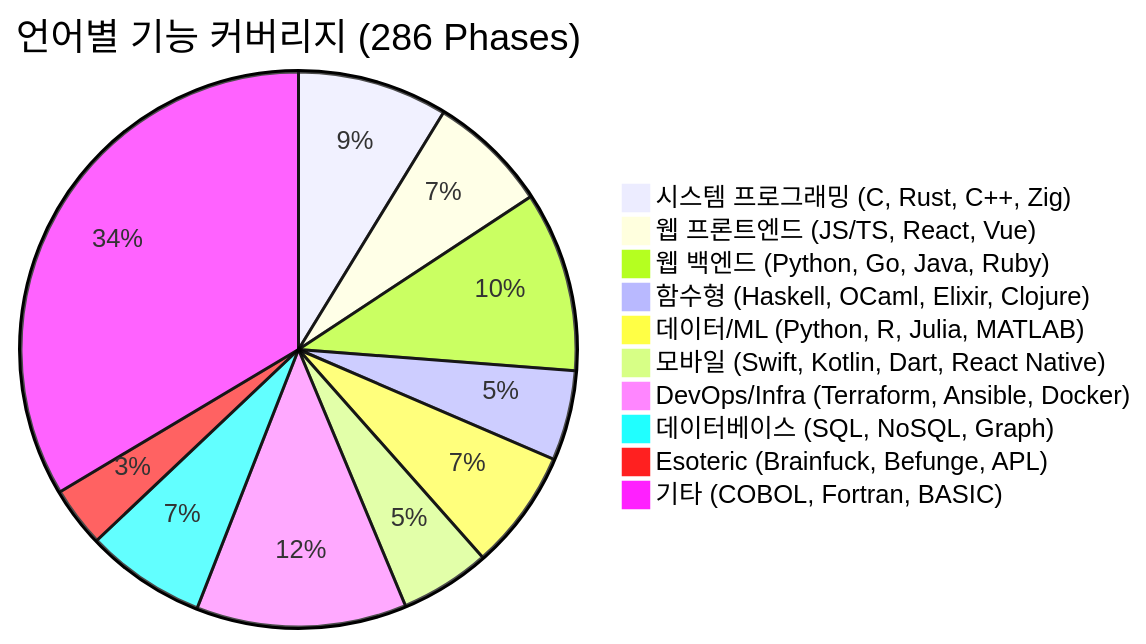
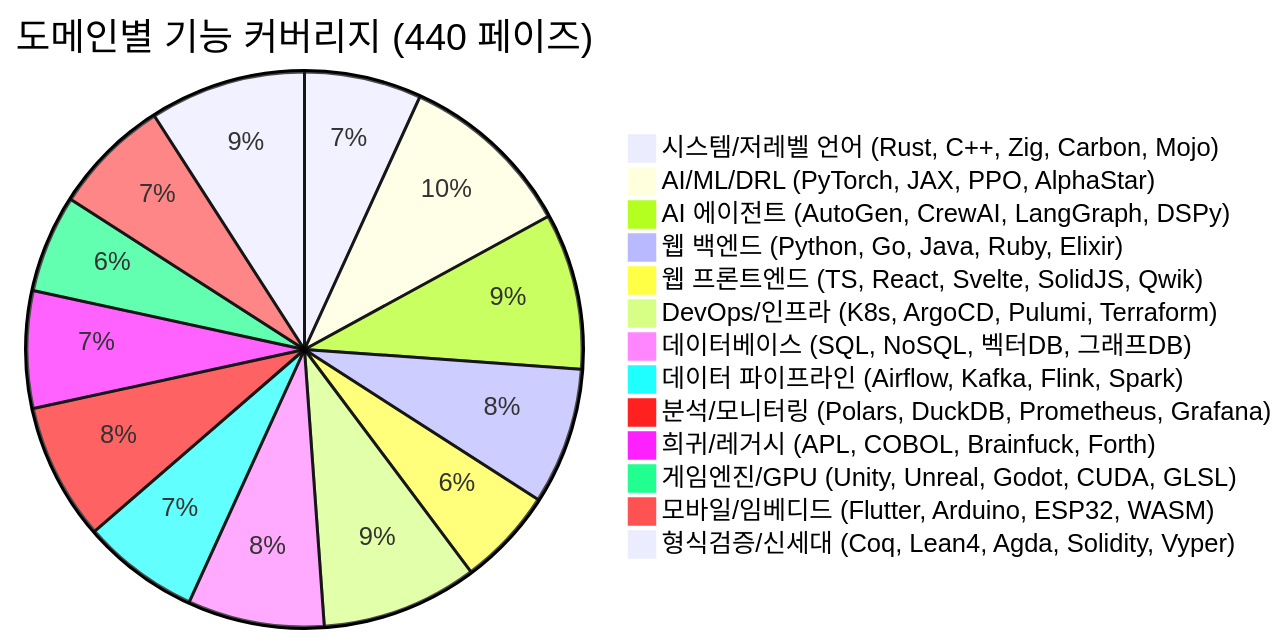
Diagram 28 of 33 in README.md (sun475300-sudo/Swarm-control-in-sc2bot), drawn with Mermaid before and after one commit. The commit also changed other lines of this file, not shown here.

First line of the commit message:
docs: README 정밀 재구성 — 통계 전면 재작성, 중복 제거, 440 페이즈 반영

````diff
--- a/README.md
+++ b/README.md
@@ -1336,13 +1321,16 @@
 ```mermaid
-pie title 언어별 기능 커버리지 (286 Phases)
-    "시스템 프로그래밍 (C, Rust, C++, Zig)" : 25
-    "웹 프론트엔드 (JS/TS, React, Vue)" : 20
-    "웹 백엔드 (Python, Go, Java, Ruby)" : 30
-    "함수형 (Haskell, OCaml, Elixir, Clojure)" : 15
-    "데이터/ML (Python, R, Julia, MATLAB)" : 20
-    "모바일 (Swift, Kotlin, Dart, React Native)" : 15
-    "DevOps/Infra (Terraform, Ansible, Docker)" : 35
-    "데이터베이스 (SQL, NoSQL, Graph)" : 20
-    "Esoteric (Brainfuck, Befunge, APL)" : 10
-    "기타 (COBOL, Fortran, BASIC)" : 96
+pie title 도메인별 기능 커버리지 (440 페이즈)
+    "시스템/저레벨 언어 (Rust, C++, Zig, Carbon, Mojo)" : 30
+    "AI/ML/DRL (PyTorch, JAX, PPO, AlphaStar)" : 45
+    "AI 에이전트 (AutoGen, CrewAI, LangGraph, DSPy)" : 40
+    "웹 백엔드 (Python, Go, Java, Ruby, Elixir)" : 35
+    "웹 프론트엔드 (TS, React, Svelte, SolidJS, Qwik)" : 25
+    "DevOps/인프라 (K8s, ArgoCD, Pulumi, Terraform)" : 40
+    "데이터베이스 (SQL, NoSQL, 벡터DB, 그래프DB)" : 35
+    "데이터 파이프라인 (Airflow, Kafka, Flink, Spark)" : 30
+    "분석/모니터링 (Polars, DuckDB, Prometheus, Grafana)" : 35
+    "희귀/레거시 (APL, COBOL, Brainfuck, Forth)" : 30
+    "게임엔진/GPU (Unity, Unreal, Godot, CUDA, GLSL)" : 25
+    "모바일/임베디드 (Flutter, Arduino, ESP32, WASM)" : 30
+    "형식검증/신세대 (Coq, Lean4, Agda, Solidity, Vyper)" : 40
 ```
````
